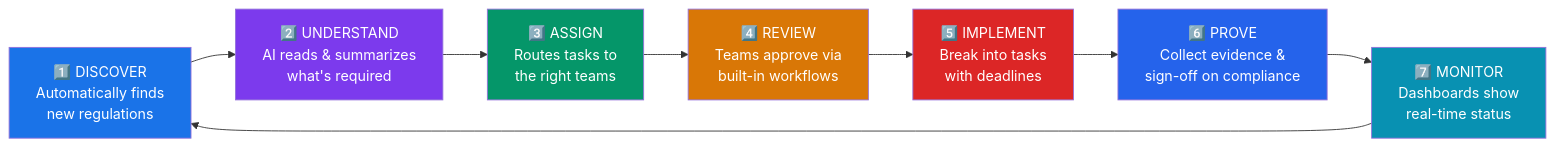
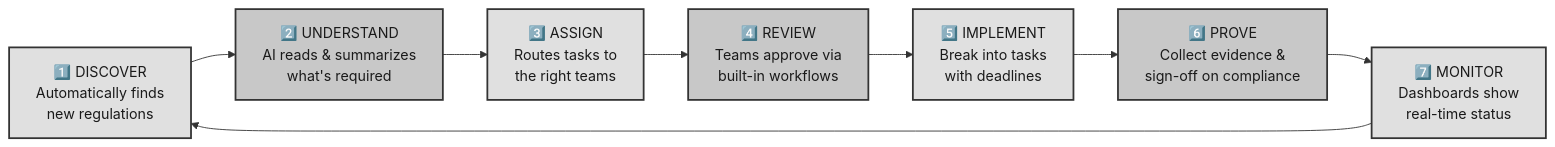
One commit to dguardio/compliance_tracker changed the first of 7 diagrams in README.md. Above: the diagram before and after it, drawn with Mermaid. The commit also changed other lines of this file and 29 other files, not shown here.

````diff
--- a/README.md
+++ b/README.md
@@ -23,18 +23,19 @@
 ```mermaid
+%%{init: {'theme': 'base', 'themeVariables': {'primaryColor': '#ffffff', 'primaryTextColor': '#1a1a1a', 'primaryBorderColor': '#333333', 'lineColor': '#333333', 'secondaryColor': '#f5f5f5', 'tertiaryColor': '#e8e8e8', 'background': '#ffffff', 'mainBkg': '#ffffff', 'nodeBorder': '#333333', 'clusterBkg': '#fafafa', 'clusterBorder': '#999999', 'titleColor': '#1a1a1a', 'edgeLabelBackground': '#ffffff'}}}%%
 graph LR
     A["1️⃣ DISCOVER<br/>Automatically finds<br/>new regulations"] --> B["2️⃣ UNDERSTAND<br/>AI reads & summarizes<br/>what's required"]
     B --> C["3️⃣ ASSIGN<br/>Routes tasks to<br/>the right teams"]
     C --> D["4️⃣ REVIEW<br/>Teams approve via<br/>built-in workflows"]
     D --> E["5️⃣ IMPLEMENT<br/>Break into tasks<br/>with deadlines"]
     E --> F["6️⃣ PROVE<br/>Collect evidence &<br/>sign-off on compliance"]
     F --> G["7️⃣ MONITOR<br/>Dashboards show<br/>real-time status"]
     G --> A
 
-    style A fill:#1a73e8,color:#fff
-    style B fill:#7c3aed,color:#fff
-    style C fill:#059669,color:#fff
-    style D fill:#d97706,color:#fff
-    style E fill:#dc2626,color:#fff
-    style F fill:#2563eb,color:#fff
-    style G fill:#0891b2,color:#fff
+    style A fill:#e0e0e0,color:#1a1a1a,stroke:#333333,stroke-width:2px
+    style B fill:#c8c8c8,color:#1a1a1a,stroke:#333333,stroke-width:2px
+    style C fill:#e0e0e0,color:#1a1a1a,stroke:#333333,stroke-width:2px
+    style D fill:#c8c8c8,color:#1a1a1a,stroke:#333333,stroke-width:2px
+    style E fill:#e0e0e0,color:#1a1a1a,stroke:#333333,stroke-width:2px
+    style F fill:#c8c8c8,color:#1a1a1a,stroke:#333333,stroke-width:2px
+    style G fill:#e0e0e0,color:#1a1a1a,stroke:#333333,stroke-width:2px
 ```
````
